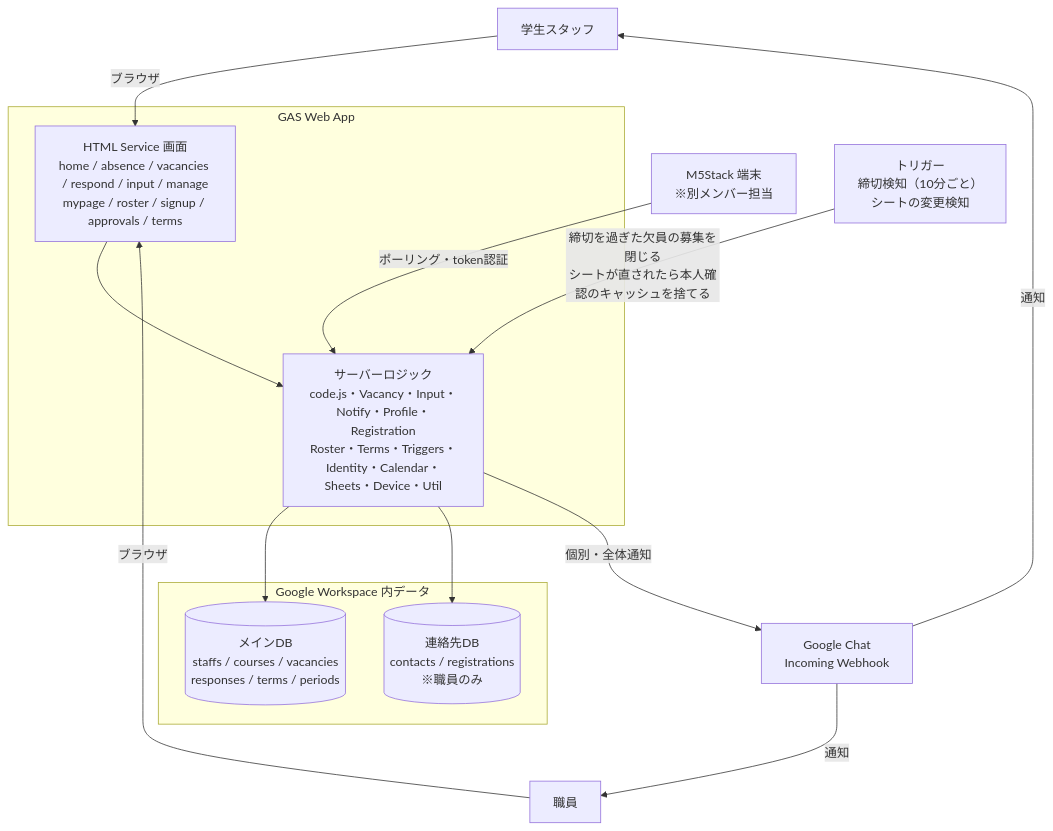
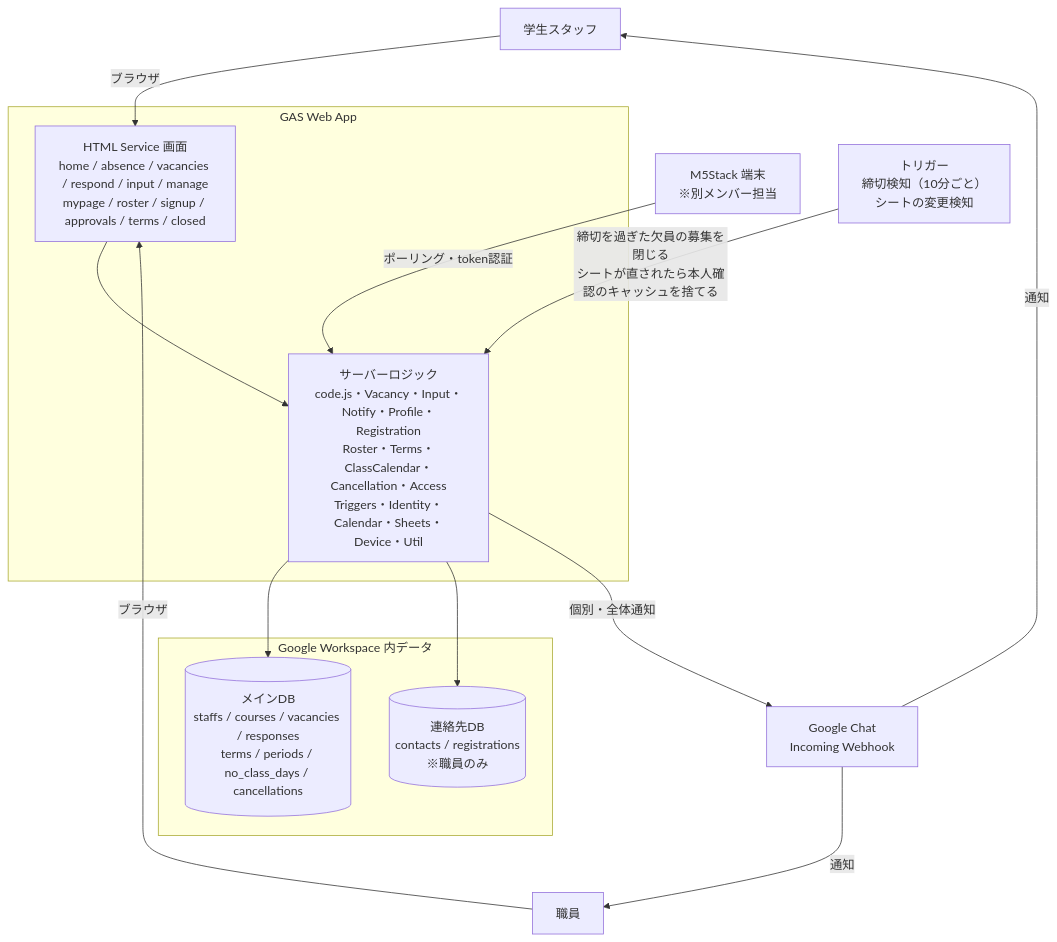
One commit to Nakano-official/takeover changed the second of 3 diagrams in README.md. Above: the diagram before and after it, drawn with Mermaid. The commit also changed other lines of this file and 8 other files, not shown here.

````diff
--- a/README.md
+++ b/README.md
@@ -146,31 +154,31 @@
 ```mermaid
 flowchart TB
   S["学生スタッフ"]
   T["職員"]
   D["M5Stack 端末<br/>※別メンバー担当"]
 
   subgraph App["GAS Web App"]
-    UI["HTML Service 画面<br/>home / absence / vacancies / respond / input / manage<br/>mypage / roster / signup / approvals / terms"]
-    Logic["サーバーロジック<br/>code.js・Vacancy・Input・Notify・Profile・Registration<br/>Roster・Terms・Triggers・Identity・Calendar・Sheets・Device・Util"]
+    UI["HTML Service 画面<br/>home / absence / vacancies / respond / input / manage<br/>mypage / roster / signup / approvals / terms / closed"]
+    Logic["サーバーロジック<br/>code.js・Vacancy・Input・Notify・Profile・Registration<br/>Roster・Terms・ClassCalendar・Cancellation・Access<br/>Triggers・Identity・Calendar・Sheets・Device・Util"]
     UI --> Logic
   end
 
   subgraph DataLayer["Google Workspace 内データ"]
-    M[("メインDB<br/>staffs / courses / vacancies<br/>responses / terms / periods")]
+    M[("メインDB<br/>staffs / courses / vacancies / responses<br/>terms / periods / no_class_days / cancellations")]
     C[("連絡先DB<br/>contacts / registrations<br/>※職員のみ")]
   end
 
   Chat["Google Chat<br/>Incoming Webhook"]
   Trg["トリガー<br/>締切検知（10分ごと）<br/>シートの変更検知"]
 
   S -->|ブラウザ| UI
   T -->|ブラウザ| UI
   D -->|ポーリング・token認証| Logic
 
   Logic --> M
   Logic --> C
   Logic -->|個別・全体通知| Chat
   Trg -->|締切を過ぎた欠員の募集を閉じる<br/>シートが直されたら本人確認のキャッシュを捨てる| Logic
   Chat -->|通知| S
   Chat -->|通知| T
 ```
````
